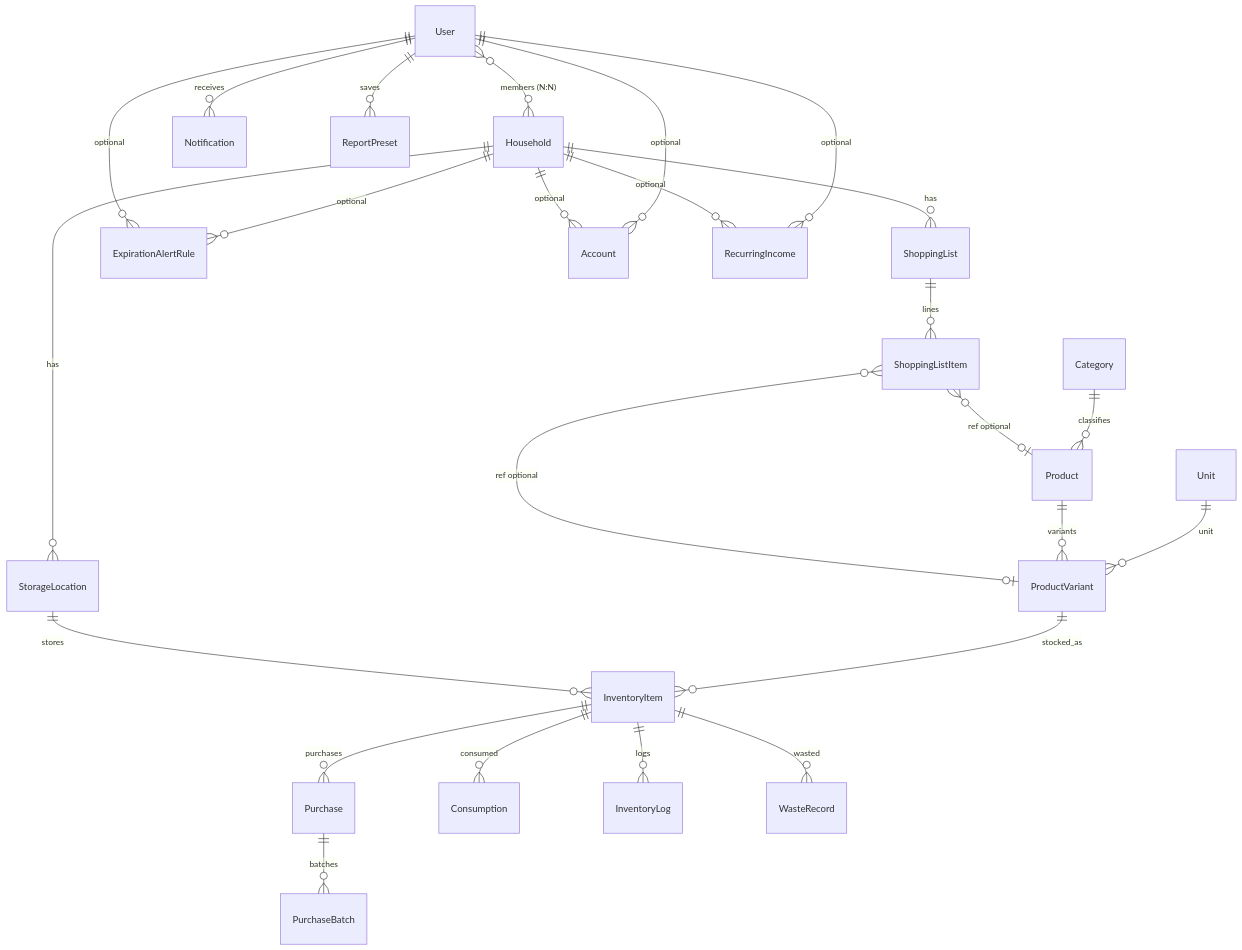
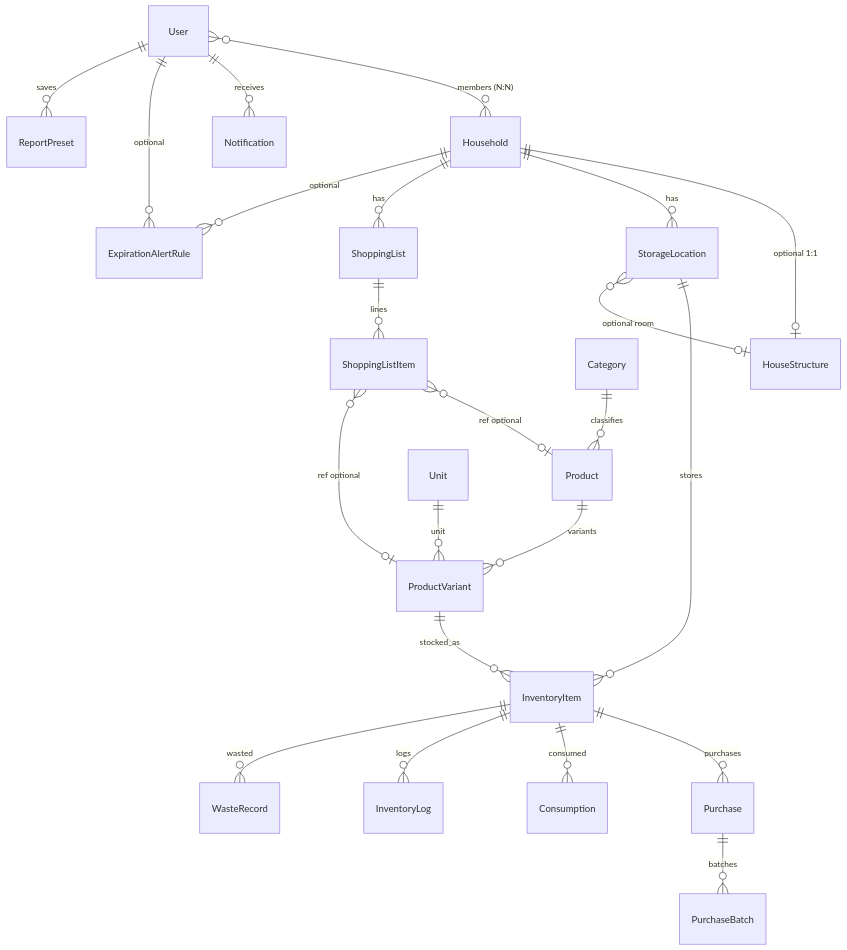
One commit to wukdddang/home-inventory-manager changed the diagram in backend/docs/er-diagram.md. Above: the diagram before and after it, drawn with Mermaid. The commit also changed other lines of this file and 7 other files, not shown here.

````diff
--- a/backend/docs/er-diagram.md
+++ b/backend/docs/er-diagram.md
@@ -99,33 +89,31 @@
 ```mermaid
 erDiagram
     User }o--o{ Household : "members (N:N)"
 
+    Household ||--o| HouseStructure : "optional 1:1"
     Household ||--o{ StorageLocation : has
     Household ||--o{ ShoppingList : has
     Household ||--o{ ExpirationAlertRule : "optional"
 
     User ||--o{ Notification : receives
     User ||--o{ ExpirationAlertRule : "optional"
     User ||--o{ ReportPreset : saves
-    User ||--o{ Account : "optional"
-    User ||--o{ RecurringIncome : "optional"
-    Household ||--o{ Account : "optional"
-    Household ||--o{ RecurringIncome : "optional"
 
     Category ||--o{ Product : classifies
 
     Unit ||--o{ ProductVariant : unit
     Product ||--o{ ProductVariant : variants
     ProductVariant ||--o{ InventoryItem : stocked_as
     StorageLocation ||--o{ InventoryItem : stores
+    StorageLocation }o--o| HouseStructure : "optional room"
 
     InventoryItem ||--o{ Purchase : purchases
     Purchase ||--o{ PurchaseBatch : batches
     InventoryItem ||--o{ Consumption : consumed
     InventoryItem ||--o{ InventoryLog : logs
     InventoryItem ||--o{ WasteRecord : wasted
 
     ShoppingList ||--o{ ShoppingListItem : lines
     ShoppingListItem }o--o| Product : "ref optional"
     ShoppingListItem }o--o| ProductVariant : "ref optional"
 ```
````
